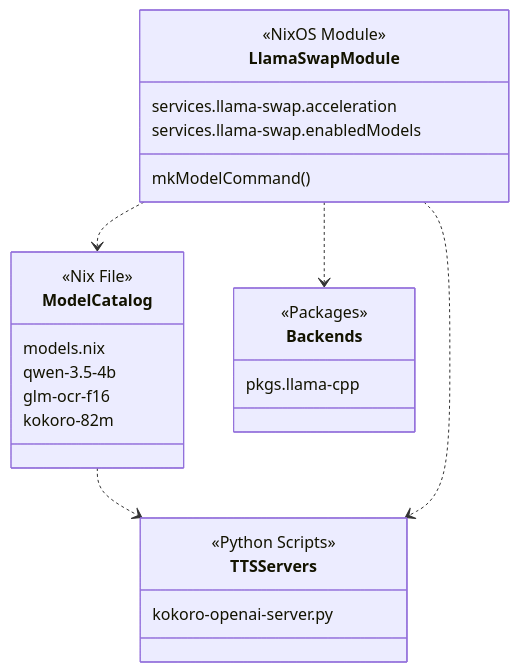
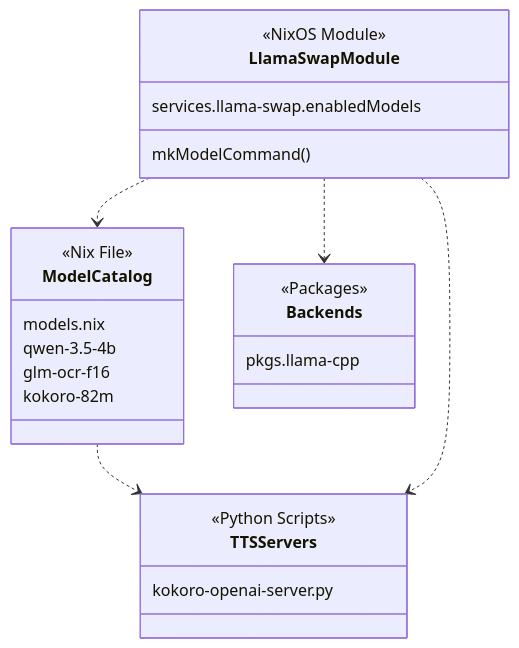
Before and after one commit to Cody-W-Tucker/nix-config: the diagram in docs/llama-swap-LLM-Orchestration-Service.md, drawn with Mermaid. The commit also changed other lines of this file and 9 other files, not shown here.

````diff
--- a/docs/llama-swap-LLM-Orchestration-Service.md
+++ b/docs/llama-swap-LLM-Orchestration-Service.md
@@ -88,28 +86,27 @@
 ```mermaid
 classDiagram
     class LlamaSwapModule {
         <<NixOS Module>>
-        services.llama-swap.acceleration
         services.llama-swap.enabledModels
         mkModelCommand()
     }
     class ModelCatalog {
         <<Nix File>>
         models.nix
         qwen-3.5-4b
         glm-ocr-f16
         kokoro-82m
     }
     class TTSServers {
         <<Python Scripts>>
         kokoro-openai-server.py
     }
     class Backends {
         <<Packages>>
         pkgs.llama-cpp
     }
     LlamaSwapModule ..> ModelCatalog
     LlamaSwapModule ..> Backends
     ModelCatalog ..> TTSServers
     LlamaSwapModule ..> TTSServers
 ```
````
